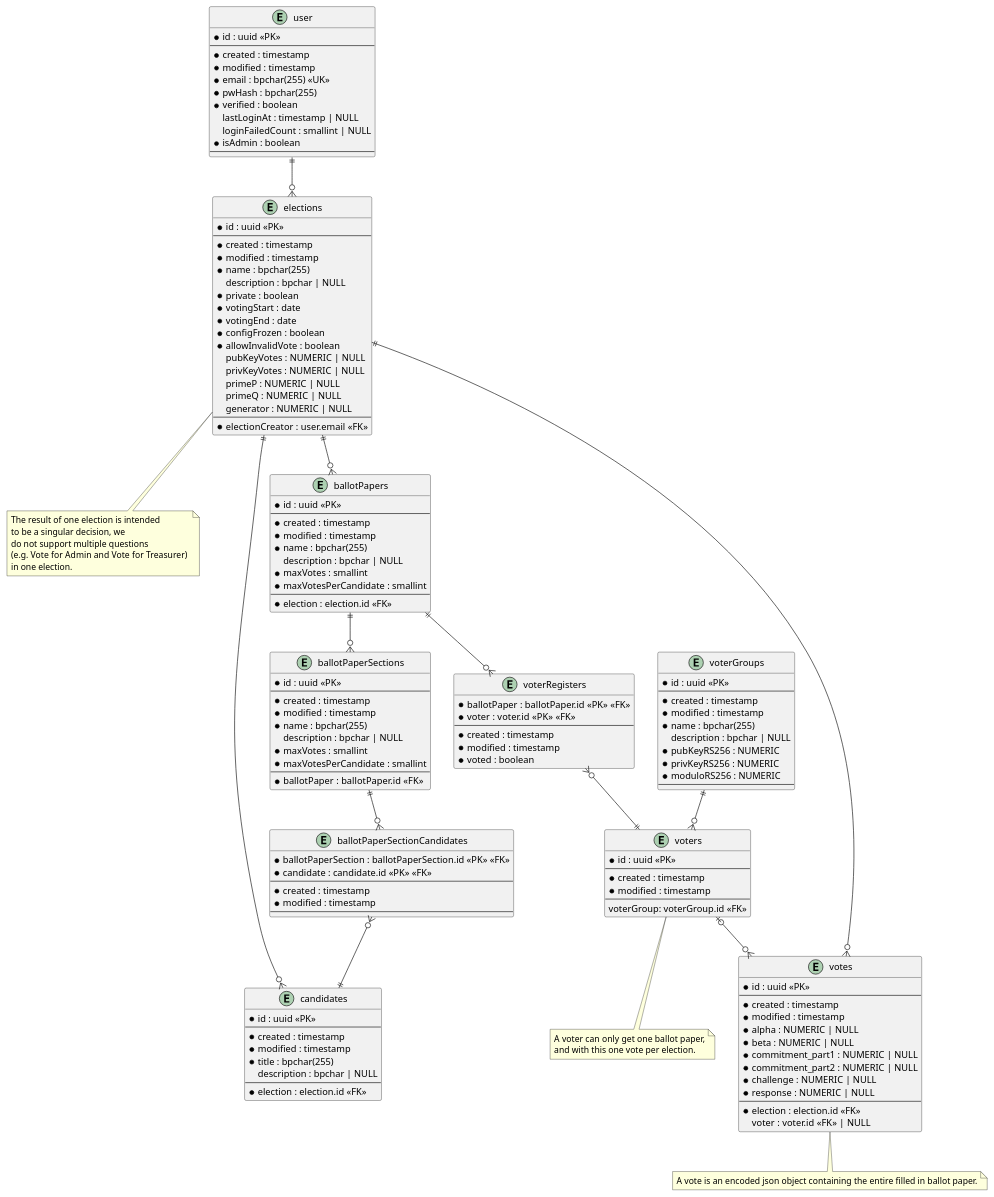
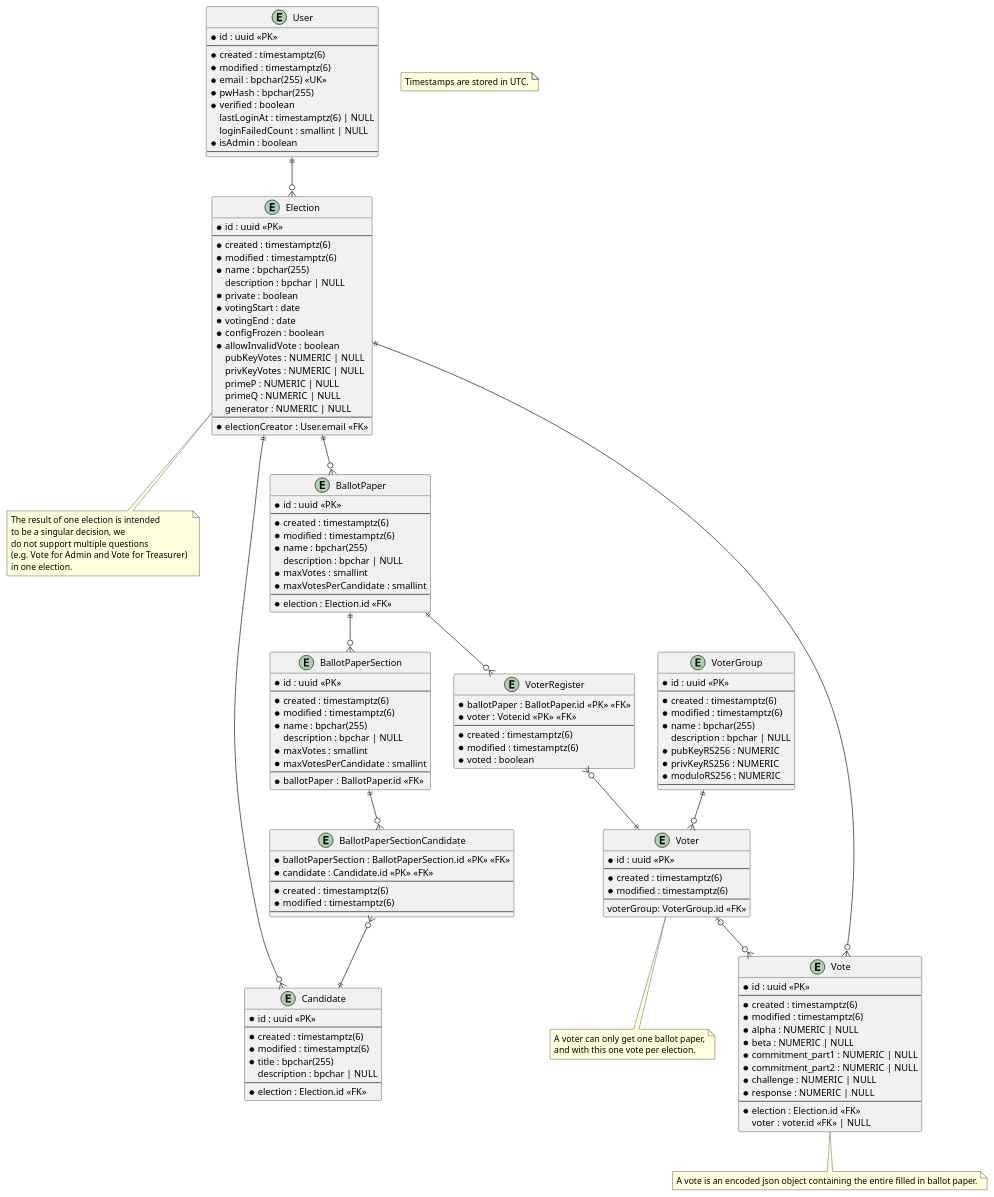
The diagram in apps/docs/static/uml/dataModel.puml (SE-UUlm/votura), drawn with PlantUML before and after one commit. The commit also changed 5 other files, not shown here.

Commit message:
#80: add user and election table

```diff
--- a/apps/docs/static/uml/dataModel.puml
+++ b/apps/docs/static/uml/dataModel.puml
@@ -1,174 +1,178 @@
 @startuml dataModel
 
-entity "user" as user {
+entity "User" as user {
     * id : uuid <<PK>>
     --
-    * created : timestamp
-    * modified : timestamp
+    * created : timestamptz(6)
+    * modified : timestamptz(6)
     * email : bpchar(255) <<UK>>
     * pwHash : bpchar(255)
     * verified : boolean
-    lastLoginAt : timestamp | NULL
+    lastLoginAt : timestamptz(6) | NULL
     loginFailedCount : smallint | NULL
     * isAdmin : boolean
     --
 }
 
 
-entity "elections" as elections {
+entity "Election" as elections {
     * id : uuid <<PK>>
     --
-    * created : timestamp
-    * modified : timestamp
+    * created : timestamptz(6)
+    * modified : timestamptz(6)
     * name : bpchar(255)
     description : bpchar | NULL
     * private : boolean
     * votingStart : date
     * votingEnd : date
     * configFrozen : boolean
     * allowInvalidVote : boolean
     ' Is there a use case for `votesCounted`?
     ' * votesCounted : boolean
     ' Computed values such as validVotes and invalidVotes are critical - do we really want to store them?
     ' validVotes : integer | NULL
     ' invalidVotes : integer | NULL
     pubKeyVotes : NUMERIC | NULL
     privKeyVotes : NUMERIC | NULL
     primeP : NUMERIC | NULL
     primeQ : NUMERIC | NULL
     generator : NUMERIC | NULL
     --
-    * electionCreator : user.email <<FK>>
+    * electionCreator : User.email <<FK>>
 }
 
 note as N2
 The result of one election is intended 
 to be a singular decision, we 
 do not support multiple questions 
 (e.g. Vote for Admin and Vote for Treasurer) 
 in one election.
 end note
 
-entity "ballotPapers" as ballotPapers {
+entity "BallotPaper" as ballotPapers {
     * id : uuid <<PK>>
     --
-    * created : timestamp
-    * modified : timestamp
+    * created : timestamptz(6)
+    * modified : timestamptz(6)
     * name : bpchar(255)
     description : bpchar | NULL
     * maxVotes : smallint
     * maxVotesPerCandidate : smallint
     --
-    * election : election.id <<FK>>
+    * election : Election.id <<FK>>
 }
 
-entity "ballotPaperSections" as ballotPaperSections {
+entity "BallotPaperSection" as ballotPaperSections {
     * id : uuid <<PK>>
     --
-    * created : timestamp
-    * modified : timestamp
+    * created : timestamptz(6)
+    * modified : timestamptz(6)
     * name : bpchar(255)
     description : bpchar | NULL
     * maxVotes : smallint
     * maxVotesPerCandidate : smallint
     --
-    * ballotPaper : ballotPaper.id <<FK>>
+    * ballotPaper : BallotPaper.id <<FK>>
 }
 ' note as C_2
 ' If at least two ballotPaperSections are created for one ballotPaper, 
 ' the name field of the ballotPaperSections is mandatory.
 ' end note
 
-entity "ballotPaperSectionCandidates" as ballotPaperSectionCandidates {
-    * ballotPaperSection : ballotPaperSection.id <<PK>> <<FK>>
-    * candidate : candidate.id <<PK>> <<FK>>
+entity "BallotPaperSectionCandidate" as ballotPaperSectionCandidates {
+    * ballotPaperSection : BallotPaperSection.id <<PK>> <<FK>>
+    * candidate : Candidate.id <<PK>> <<FK>>
     --
-    * created : timestamp
-    * modified : timestamp
+    * created : timestamptz(6)
+    * modified : timestamptz(6)
     --
 }
 
-entity "candidates" as candidates {
+entity "Candidate" as candidates {
     * id : uuid <<PK>>
     --
-    * created : timestamp
-    * modified : timestamp
+    * created : timestamptz(6)
+    * modified : timestamptz(6)
     * title : bpchar(255)
     description : bpchar | NULL
     --
-    * election : election.id <<FK>>
+    * election : Election.id <<FK>>
 }
 
-entity "votes" as votes {
+entity "Vote" as votes {
     * id : uuid <<PK>>
     --
-    * created : timestamp
-    * modified : timestamp
+    * created : timestamptz(6)
+    * modified : timestamptz(6)
     * alpha : NUMERIC | NULL
     * beta : NUMERIC | NULL
     * commitment_part1 : NUMERIC | NULL
     * commitment_part2 : NUMERIC | NULL
     * challenge : NUMERIC | NULL
     * response : NUMERIC | NULL
     --
-    * election : election.id <<FK>>
+    * election : Election.id <<FK>>
     ' if the vote isn't secret, voter can be saved
     voter : voter.id <<FK>> | NULL
 }
 note as N4
 A vote is an encoded json object containing the entire filled in ballot paper.
 end note
 
-entity "voterRegisters" as voterRegisters {
-    * ballotPaper : ballotPaper.id <<PK>> <<FK>>
-    * voter : voter.id <<PK>> <<FK>>
+entity "VoterRegister" as voterRegisters {
+    * ballotPaper : BallotPaper.id <<PK>> <<FK>>
+    * voter : Voter.id <<PK>> <<FK>>
     --
-    * created : timestamp
-    * modified : timestamp
+    * created : timestamptz(6)
+    * modified : timestamptz(6)
     * voted : boolean
 }
 
-entity "voters" as voters {
+entity "Voter" as voters {
     * id : uuid <<PK>>
     --
-    * created : timestamp
-    * modified : timestamp
+    * created : timestamptz(6)
+    * modified : timestamptz(6)
     --
-    voterGroup: voterGroup.id <<FK>>
+    voterGroup: VoterGroup.id <<FK>>
 }
 note as N3
 A voter can only get one ballot paper,
 and with this one vote per election.
 end note
 
-entity "voterGroups" as voterGroups {
+entity "VoterGroup" as voterGroups {
     * id : uuid <<PK>>
     --
-    * created : timestamp
-    * modified : timestamp
+    * created : timestamptz(6)
+    * modified : timestamptz(6)
     * name : bpchar(255)
     description : bpchar | NULL
     * pubKeyRS256 : NUMERIC
     * privKeyRS256 : NUMERIC
     * moduloRS256 : NUMERIC
     --
 }
+
+note as N1
+Timestamps are stored in UTC.
+end note
 
 user ||--o{ elections
 elections ||--o{ ballotPapers
 elections -- N2
 elections ||--o{ candidates
 ballotPapers ||--o{ voterRegisters
 voterRegisters }o--|| voters
 ballotPapers ||--o{ ballotPaperSections
 ' ballotPaperSections -- C_2
 ballotPaperSections ||--o{ ballotPaperSectionCandidates
 ballotPaperSectionCandidates }o--|| candidates
 votes }o--|| elections
 voters |o--o{ votes
 voterGroups ||--o{ voters
 voters -- N3
 votes -- N4
 
 
 @enduml
```
